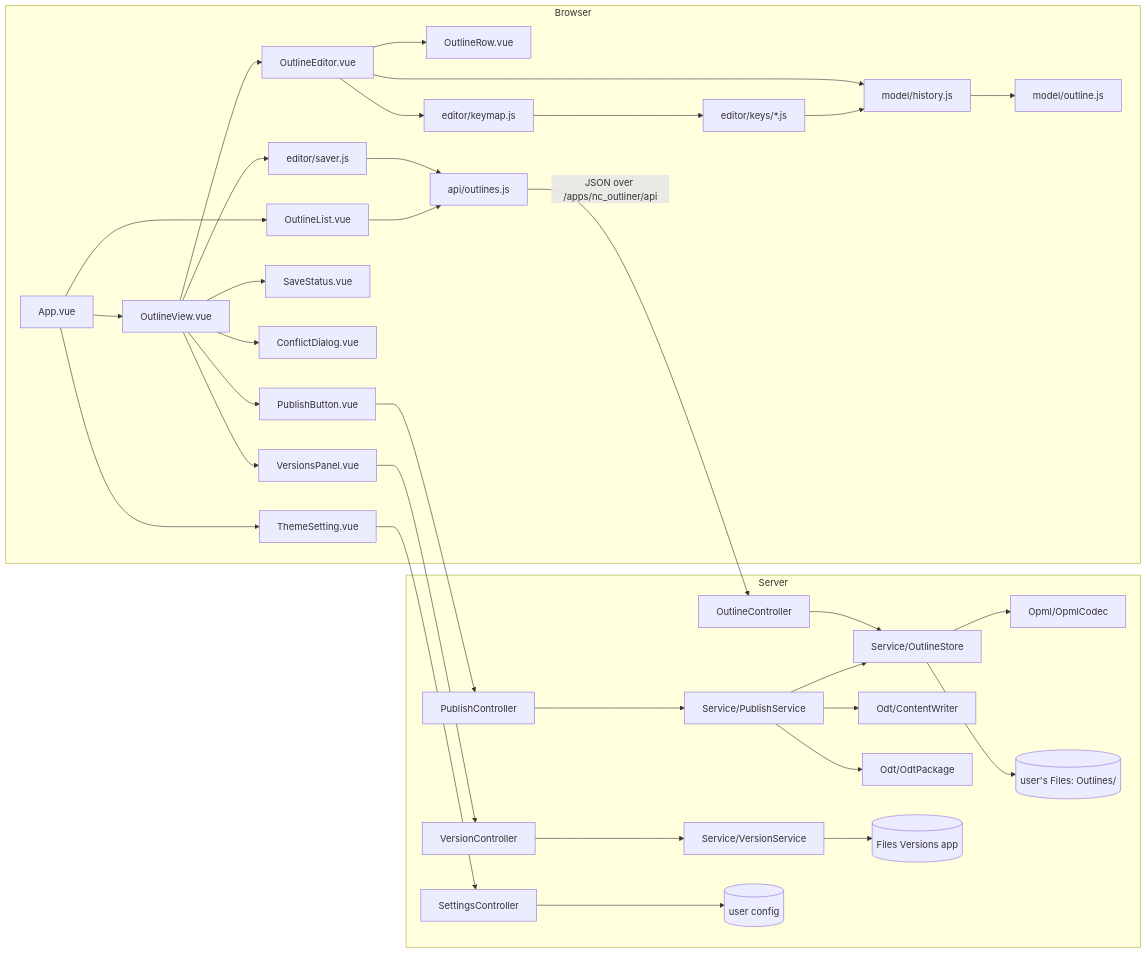
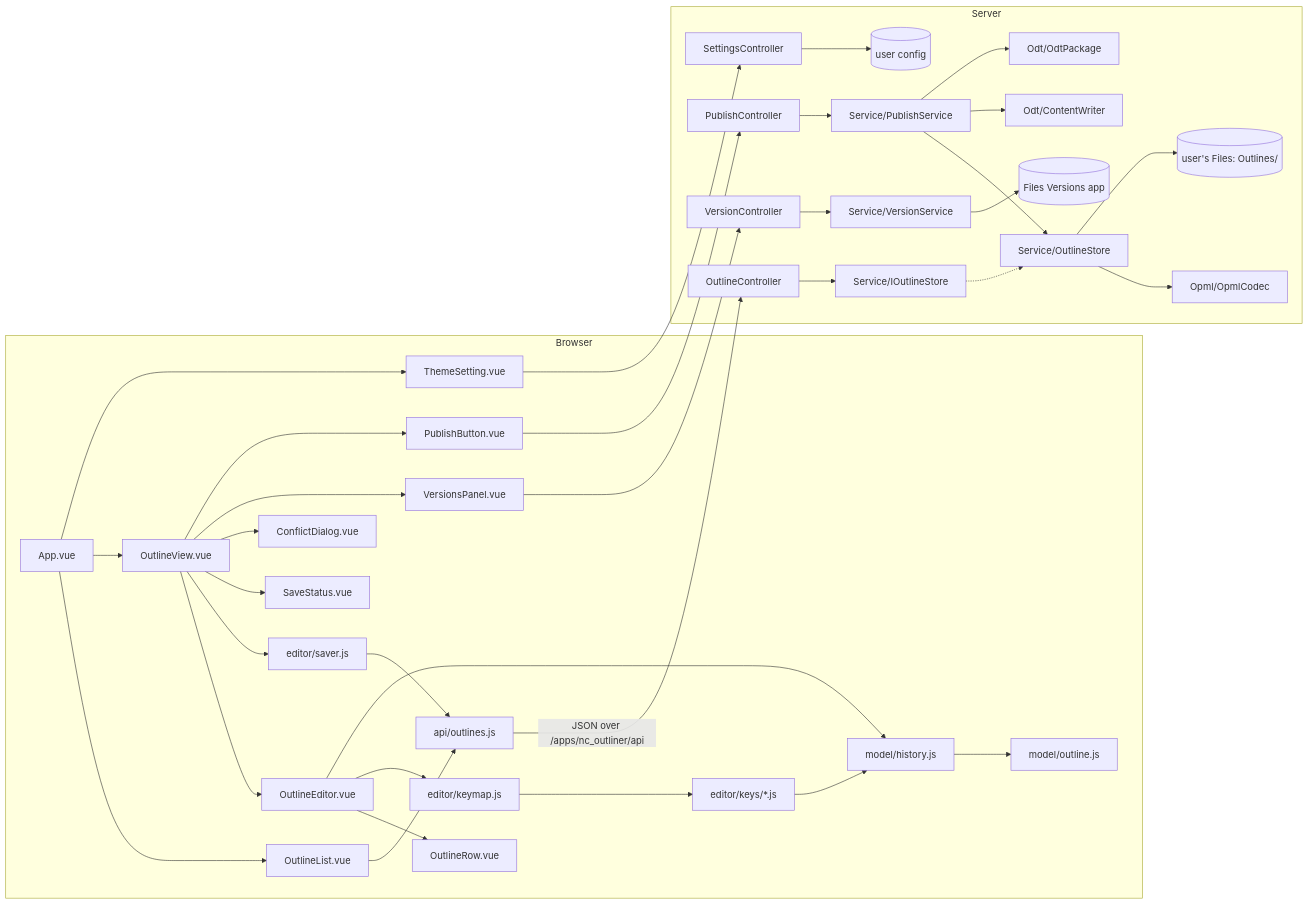
The diagram in CODEMAP.md (iannitram/nc-outliner), drawn with Mermaid before and after one commit. The commit also changed other lines of this file, not shown here.

````diff
--- a/CODEMAP.md
+++ b/CODEMAP.md
@@ -43,38 +46,39 @@
 ```mermaid
 flowchart LR
     subgraph Browser
         App[App.vue] --> List[OutlineList.vue]
         App --> View[OutlineView.vue]
         View --> Editor[OutlineEditor.vue]
         Editor --> RowC[OutlineRow.vue]
         Editor --> Keymap[editor/keymap.js]
         Keymap --> Keys[editor/keys/*.js]
         Editor --> History[model/history.js]
         Keys --> History
         History --> Model[model/outline.js]
         View --> Saver[editor/saver.js]
         Saver --> Client[api/outlines.js]
         View --> Status[SaveStatus.vue]
         View --> Conflict[ConflictDialog.vue]
         View --> Versions[VersionsPanel.vue]
         View --> Publish[PublishButton.vue]
         App --> Theme[ThemeSetting.vue]
         List --> Client
     end
     subgraph Server
-        OC[OutlineController] --> Store[Service/OutlineStore]
+        OC[OutlineController] --> IStore[Service/IOutlineStore]
+        IStore -.-> Store[Service/OutlineStore]
         Store --> Codec[Opml/OpmlCodec]
         Store --> Files[(user's Files: Outlines/)]
         PC[PublishController] --> PS[Service/PublishService]
         PS --> Store
         PS --> Writer[Odt/ContentWriter]
         PS --> Pkg[Odt/OdtPackage]
         VC[VersionController] --> VS[Service/VersionService]
         VS --> FV[(Files Versions app)]
         SC[SettingsController] --> Cfg[(user config)]
     end
     Client -->|JSON over /apps/nc_outliner/api| OC
     Publish --> PC
     Versions --> VC
     Theme --> SC
 ```
````
